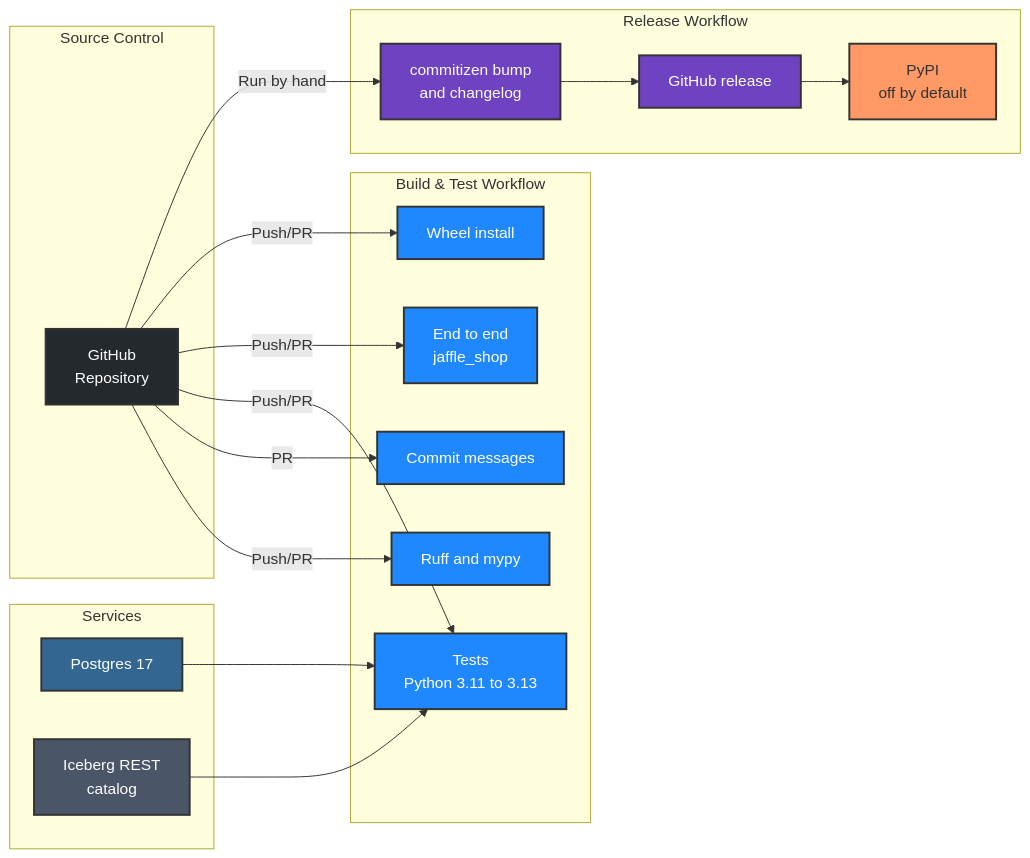
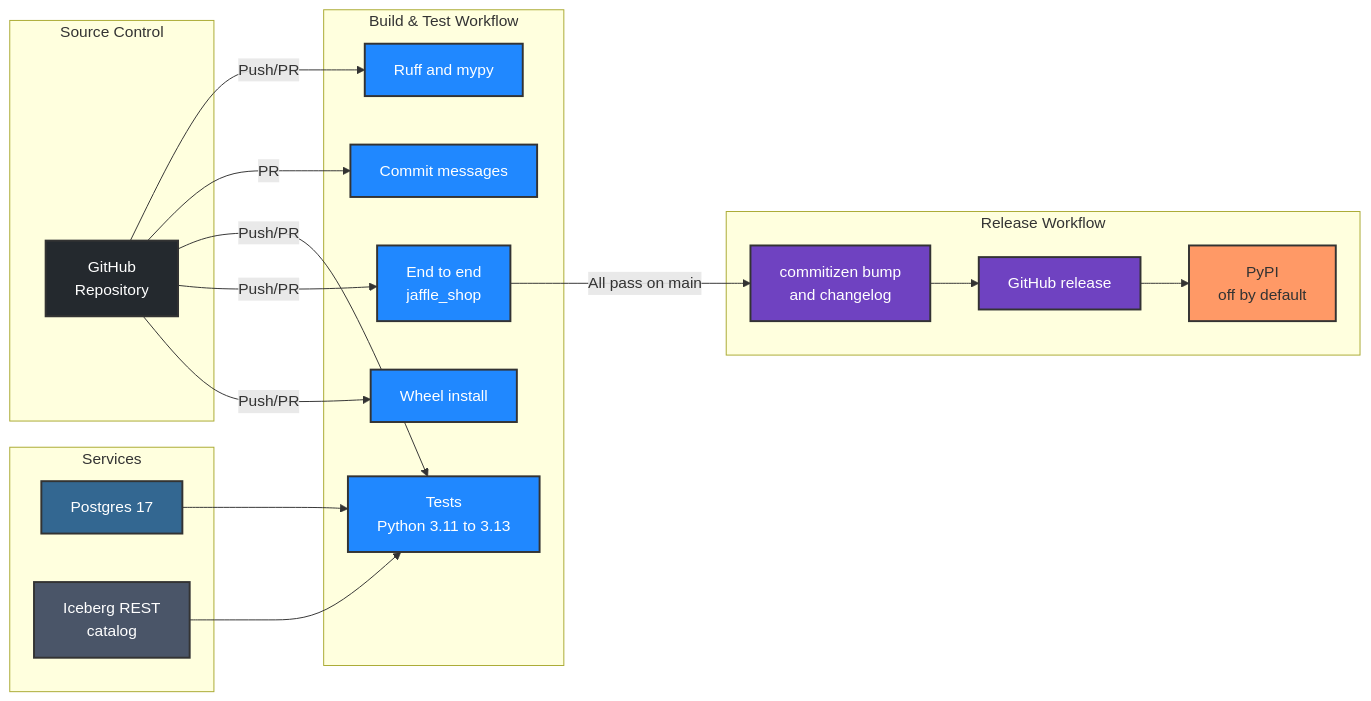
The diagram in README.md (actions-marketplace-validations/kodexlabsio_konstruct), drawn with Mermaid before and after one commit. The commit also changed other lines of this file and 1 other file, not shown here.

Commit message:
ci(release): Release automatically with semantic versions after CI passes on main
Create Release now runs when Build and Test succeeds for a push to main, as
the Kodex Labs website's release workflow does, but versions with
commitizen from the Conventional Commits instead of the date and hash. The
first run releases v0.1.0 with the full changelog; later runs bump patch or
minor from fix and feat commits, update the version files and CHANGELOG.md,
tag, and publish a GitHub release with the wheel and sdist. Runs with
nothing releasable make no release, and a stale run defers to the newer one.

````diff
--- a/README.md
+++ b/README.md
@@ -209,48 +209,48 @@
 ```mermaid
 graph LR
     subgraph "Source Control"
         GitHub[GitHub<br/>Repository]
     end
 
     subgraph "Build & Test Workflow"
         Lint[Ruff and mypy]
         Commits[Commit messages]
         Tests[Tests<br/>Python 3.11 to 3.13]
         E2E[End to end<br/>jaffle_shop]
         Package[Wheel install]
     end
 
     subgraph "Services"
         Postgres[Postgres 17]
         Iceberg[Iceberg REST<br/>catalog]
     end
 
     subgraph "Release Workflow"
         Bump[commitizen bump<br/>and changelog]
         Release[GitHub release]
         PyPI[PyPI<br/>off by default]
     end
 
     GitHub -->|Push/PR| Lint
     GitHub -->|PR| Commits
     GitHub -->|Push/PR| Tests
     GitHub -->|Push/PR| E2E
     GitHub -->|Push/PR| Package
     Postgres --> Tests
     Iceberg --> Tests
-    GitHub -->|Run by hand| Bump
+    E2E -->|All pass on main| Bump
     Bump --> Release
     Release --> PyPI
 
     style GitHub fill:#24292e,stroke:#333,stroke-width:2px,color:#fff
     style Lint fill:#2088ff,stroke:#333,stroke-width:2px,color:#fff
     style Commits fill:#2088ff,stroke:#333,stroke-width:2px,color:#fff
     style Tests fill:#2088ff,stroke:#333,stroke-width:2px,color:#fff
     style E2E fill:#2088ff,stroke:#333,stroke-width:2px,color:#fff
     style Package fill:#2088ff,stroke:#333,stroke-width:2px,color:#fff
     style Postgres fill:#336791,stroke:#333,stroke-width:2px,color:#fff
     style Iceberg fill:#4a5568,stroke:#333,stroke-width:2px,color:#fff
     style Bump fill:#6f42c1,stroke:#333,stroke-width:2px,color:#fff
     style Release fill:#6f42c1,stroke:#333,stroke-width:2px,color:#fff
     style PyPI fill:#f96,stroke:#333,stroke-width:2px
 ```
````
